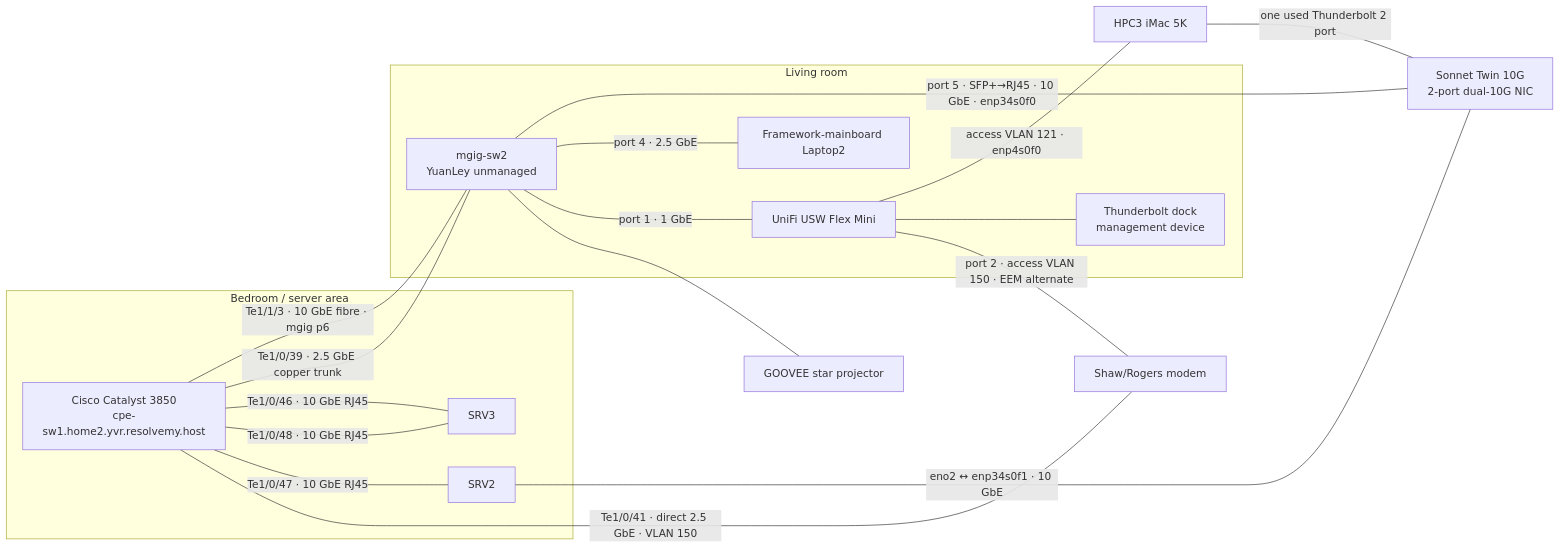
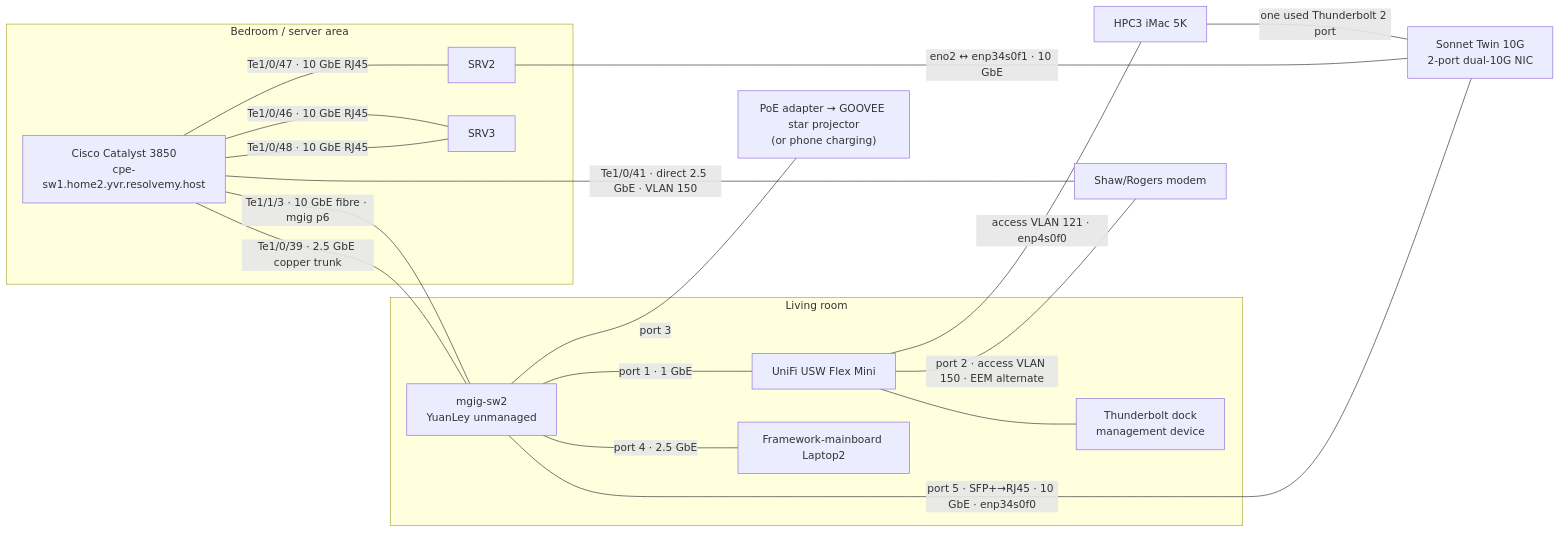
Before and after one commit to K-FOSS/CoRE-Backplane: the diagram in Operations/Clusters/ENVIRONMENT.md, drawn with Mermaid. The commit also changed other lines of this file, not shown here.

Commit message:
docs(Ops.Clusters.Prod.YVR): Better document the mGig to POE

````diff
--- a/Operations/Clusters/ENVIRONMENT.md
+++ b/Operations/Clusters/ENVIRONMENT.md
@@ -222,33 +223,34 @@
 ```mermaid
 flowchart LR
   subgraph bedroom["Bedroom / server area"]
     cpe["Cisco Catalyst 3850<br/>cpe-sw1.home2.yvr.resolvemy.host"]
     srv2["SRV2"]
     srv3["SRV3"]
   end
   subgraph living["Living room"]
-    mgig["mgig-sw2<br/>YuanLey unmanaged"]
+  mgig["mgig-sw2<br/>YuanLey unmanaged"]
     flex["UniFi USW Flex Mini"]
     laptop["Framework-mainboard Laptop2"]
     dock["Thunderbolt dock<br/>management device"]
   end
   hpc3["HPC3 iMac 5K"]
   sonnet["Sonnet Twin 10G<br/>2-port dual-10G NIC"]
   modem["Shaw/Rogers modem"]
+  poe["PoE adapter → GOOVEE star projector<br/>(or phone charging)"]
 
   cpe -- "Te1/1/3 · 10 GbE fibre · mgig p6" --- mgig
   cpe -- "Te1/0/39 · 2.5 GbE copper trunk" --- mgig
   cpe -- "Te1/0/46 · 10 GbE RJ45" --- srv3
   cpe -- "Te1/0/48 · 10 GbE RJ45" --- srv3
   cpe -- "Te1/0/47 · 10 GbE RJ45" --- srv2
   hpc3 -- "one used Thunderbolt 2 port" --- sonnet
   srv2 -- "eno2 ↔ enp34s0f1 · 10 GbE" --- sonnet
   mgig -- "port 5 · SFP+→RJ45 · 10 GbE · enp34s0f0" --- sonnet
+  mgig -- "port 3" --- poe
   mgig -- "port 4 · 2.5 GbE" --- laptop
   mgig -- "port 1 · 1 GbE" --- flex
   flex -- "access VLAN 121 · enp4s0f0" --- hpc3
-  mgig --- projector["GOOVEE star projector"]
   flex --- dock
   cpe -- "Te1/0/41 · direct 2.5 GbE · VLAN 150" --- modem
   flex -- "port 2 · access VLAN 150 · EEM alternate" --- modem
 ```
````
